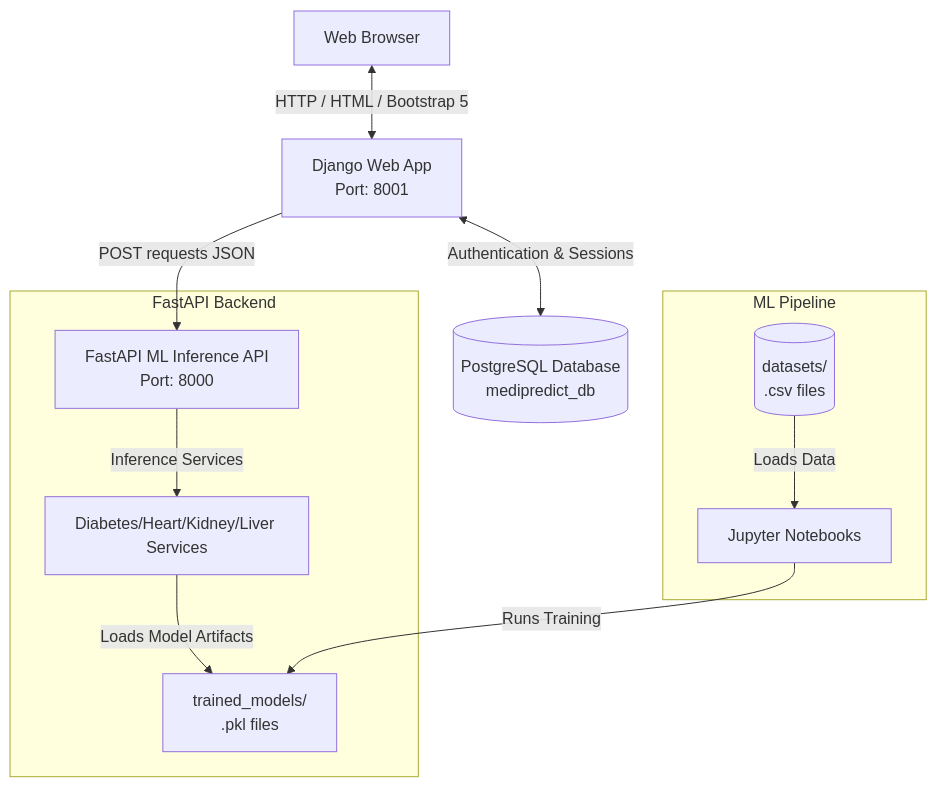
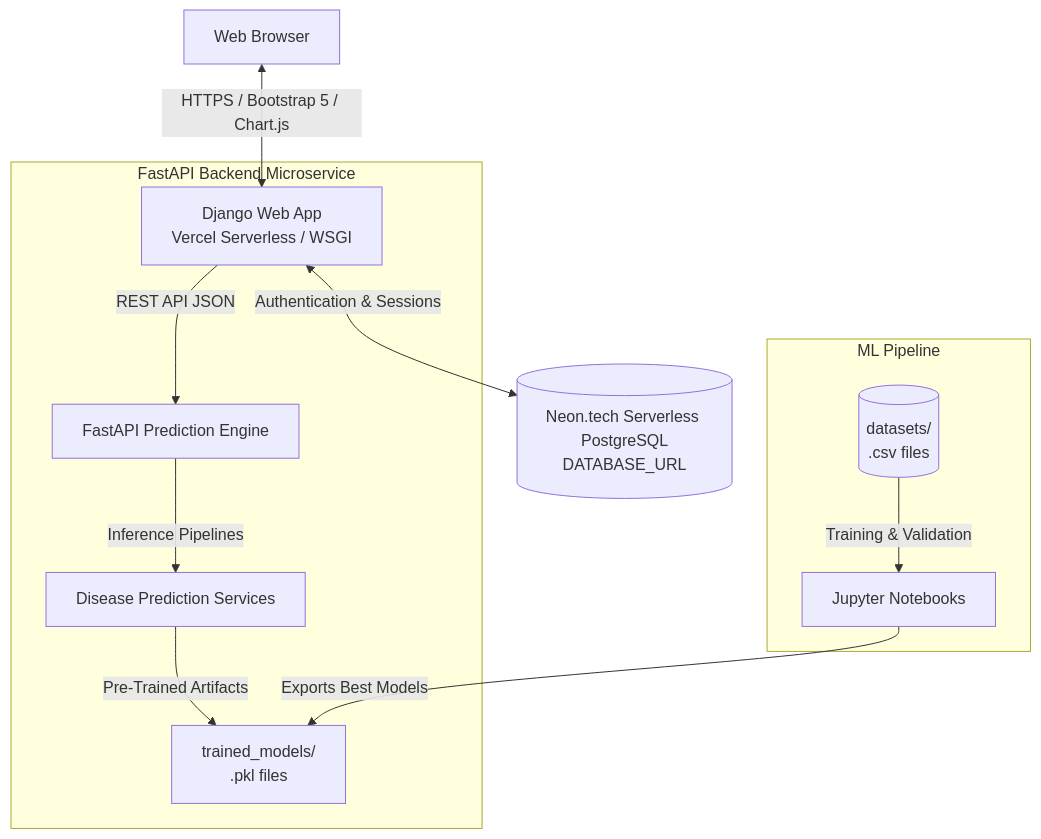
The diagram in README.md (Pranavj16/MediPredictAI), drawn with Mermaid before and after one commit. The commit also changed other lines of this file and 2 other files, not shown here.

Commit message:
Fix Vercel static asset crashing, update vercel.json routing and rewrite README for Vercel + Neon deployment

````diff
--- a/README.md
+++ b/README.md
@@ -13,16 +13,16 @@
 ```mermaid
 graph TD
-    Client[Web Browser] <-->|HTTP / HTML / Bootstrap 5| Django[Django Web App<br>Port: 8001]
-    Django -->|POST requests JSON| FastAPI[FastAPI ML Inference API<br>Port: 8000]
-    Django <-->|Authentication & Sessions| DB[(PostgreSQL Database<br>medipredict_db)]
+    Client[Web Browser] <-->|HTTPS / Bootstrap 5 / Chart.js| Django[Django Web App<br>Vercel Serverless / WSGI]
+    Django <-->|Authentication & Sessions| DB[(Neon.tech Serverless PostgreSQL<br>DATABASE_URL)]
     
-    subgraph FastAPI Backend
-        FastAPI -->|Inference Services| Service[Diabetes/Heart/Kidney/Liver Services]
-        Service -->|Loads Model Artifacts| Models[trained_models/<br>.pkl files]
+    subgraph FastAPI Backend Microservice
+        Django -->|REST API JSON| FastAPI[FastAPI Prediction Engine]
+        FastAPI -->|Inference Pipelines| Services[Disease Prediction Services]
+        Services -->|Pre-Trained Artifacts| Models[trained_models/<br>.pkl files]
     end
 
     subgraph ML Pipeline
-        Notebooks[Jupyter Notebooks] -->|Runs Training| Models
-        Datasets[(datasets/<br>.csv files)] -->|Loads Data| Notebooks
+        Datasets[(datasets/<br>.csv files)] -->|Training & Validation| Notebooks[Jupyter Notebooks]
+        Notebooks -->|Exports Best Models| Models
     end
 ```
````
